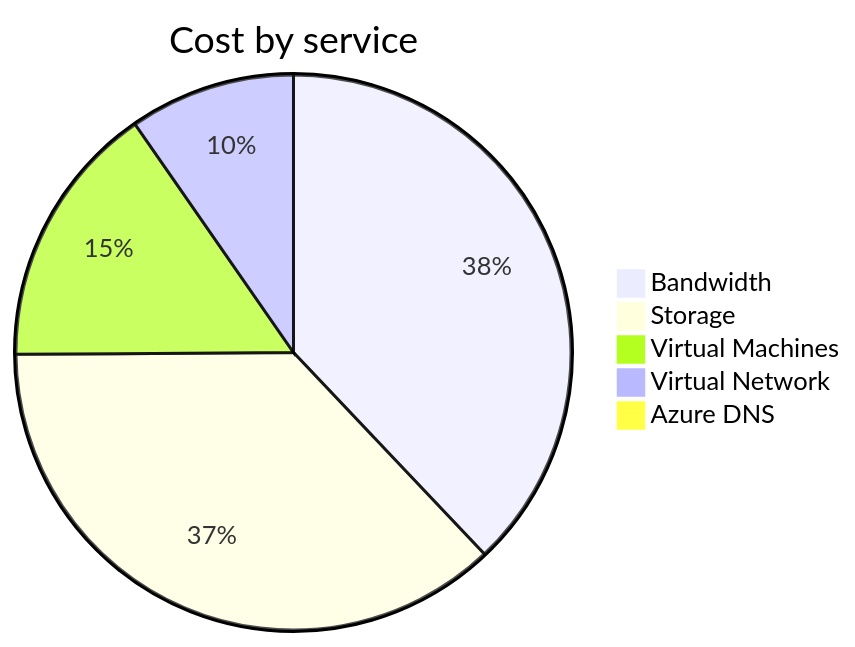
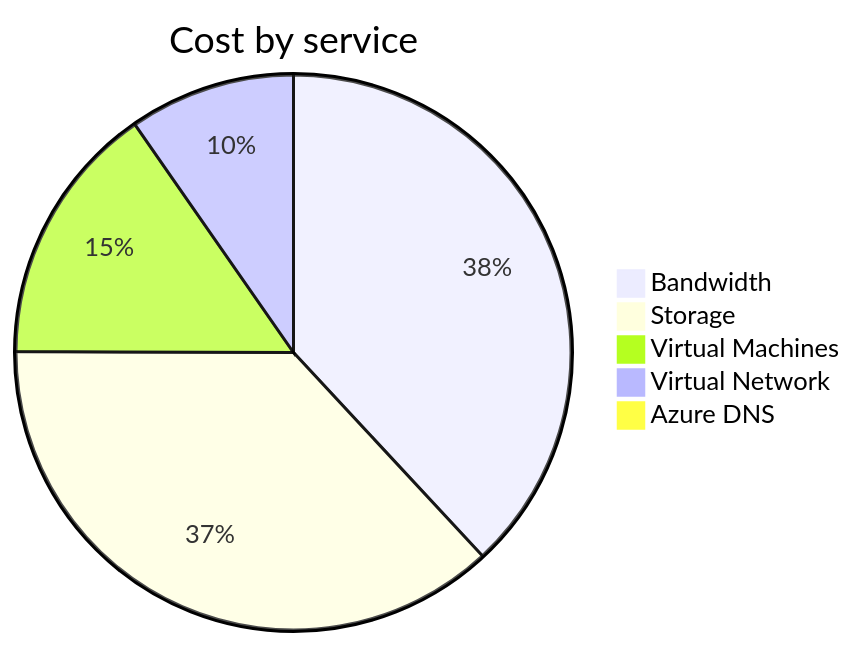
Before and after one commit to jpfulton/azure-personal-reports: the second of 4 diagrams in cost-reports/personal-network/README.md, drawn with Mermaid. The commit also changed other lines of this file and 8 other files, not shown here.

````diff
--- a/cost-reports/personal-network/README.md
+++ b/cost-reports/personal-network/README.md
@@ -95,9 +95,9 @@
 ```mermaid
 pie
    title Cost by service
-   "Bandwidth" : 2.75
-   "Storage" : 2.68
-   "Virtual Machines" : 1.12
-   "Virtual Network" : 0.70
-   "Azure DNS" : 0.05
+   "Bandwidth" : 3.74
+   "Storage" : 3.63
+   "Virtual Machines" : 1.50
+   "Virtual Network" : 0.95
+   "Azure DNS" : 0.06
 ```
````
